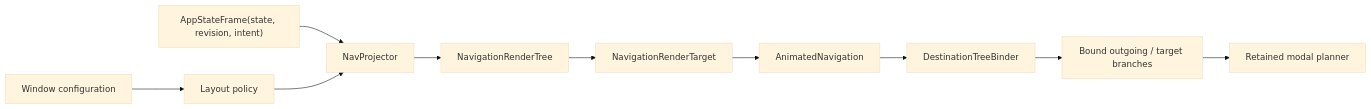
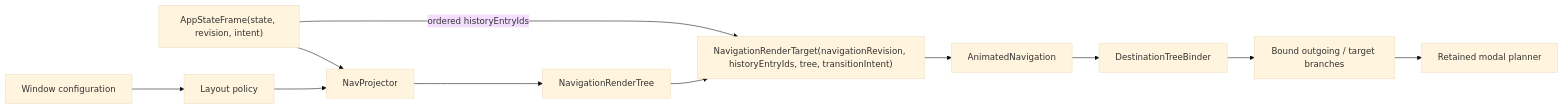
One commit to senneco/udf-sandbox changed the second of 2 diagrams in README.md. Above: the diagram before and after it, drawn with Mermaid (base theme). The commit also changed other lines of this file and 11 other files, not shown here.

First line of the commit message:
Preserve UI state per navigation entry (#36)

````diff
--- a/README.md
+++ b/README.md
@@ -138,12 +140,13 @@
 ```mermaid
 flowchart LR
     Frame["AppStateFrame(state, revision, intent)"] --> Projector["NavProjector"]
+    Frame -->|"ordered historyEntryIds"| Target["NavigationRenderTarget(navigationRevision, historyEntryIds, tree, transitionIntent)"]
     Window["Window configuration"] --> Policy["Layout policy"]
     Policy --> Projector
     Projector --> Tree["NavigationRenderTree"]
-    Tree --> Target["NavigationRenderTarget"]
+    Tree --> Target
     Target --> Renderer["AnimatedNavigation"]
     Renderer --> Binder["DestinationTreeBinder"]
     Binder --> Branches["Bound outgoing / target branches"]
     Branches --> ModalPlanner["Retained modal planner"]
 ```
````
